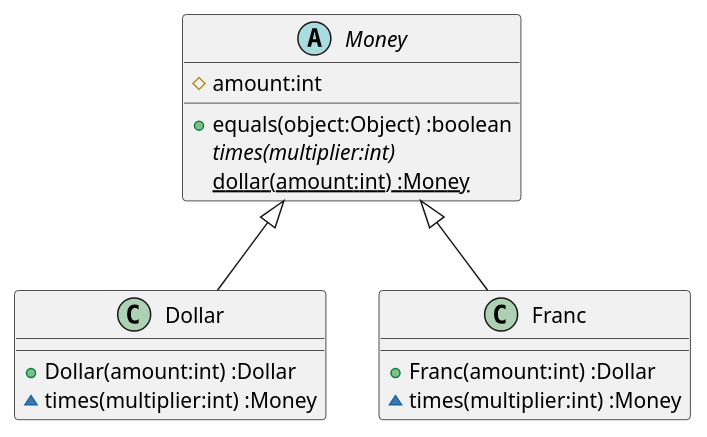
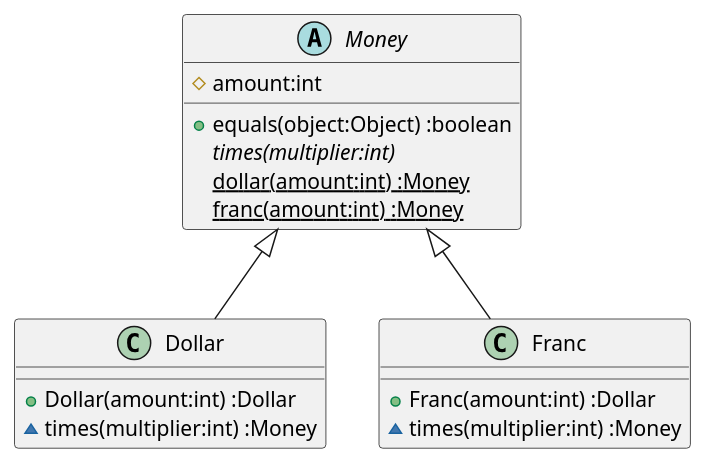
The diagram in docs/src/TDD.md (k2works/etude_for_java), drawn with PlantUML before and after one commit. The commit also changed 4 other files, not shown here.

````diff
--- a/docs/src/TDD.md
+++ b/docs/src/TDD.md
@@ -61,18 +61,19 @@
 ```puml
 class Dollar {
   +Dollar(amount:int) :Dollar
   ~times(multiplier:int) :Money
 }
 class Franc {
   +Franc(amount:int) :Dollar
   ~times(multiplier:int) :Money
 }
 abstract Money {
   #amount:int
   +equals(object:Object) :boolean  
   {abstract} times(multiplier:int)
   {static} dollar(amount:int) :Money
+  {static} franc(amount:int) :Money  
 }
 Money <|-- Dollar
 Money <|-- Franc
 ```
````
